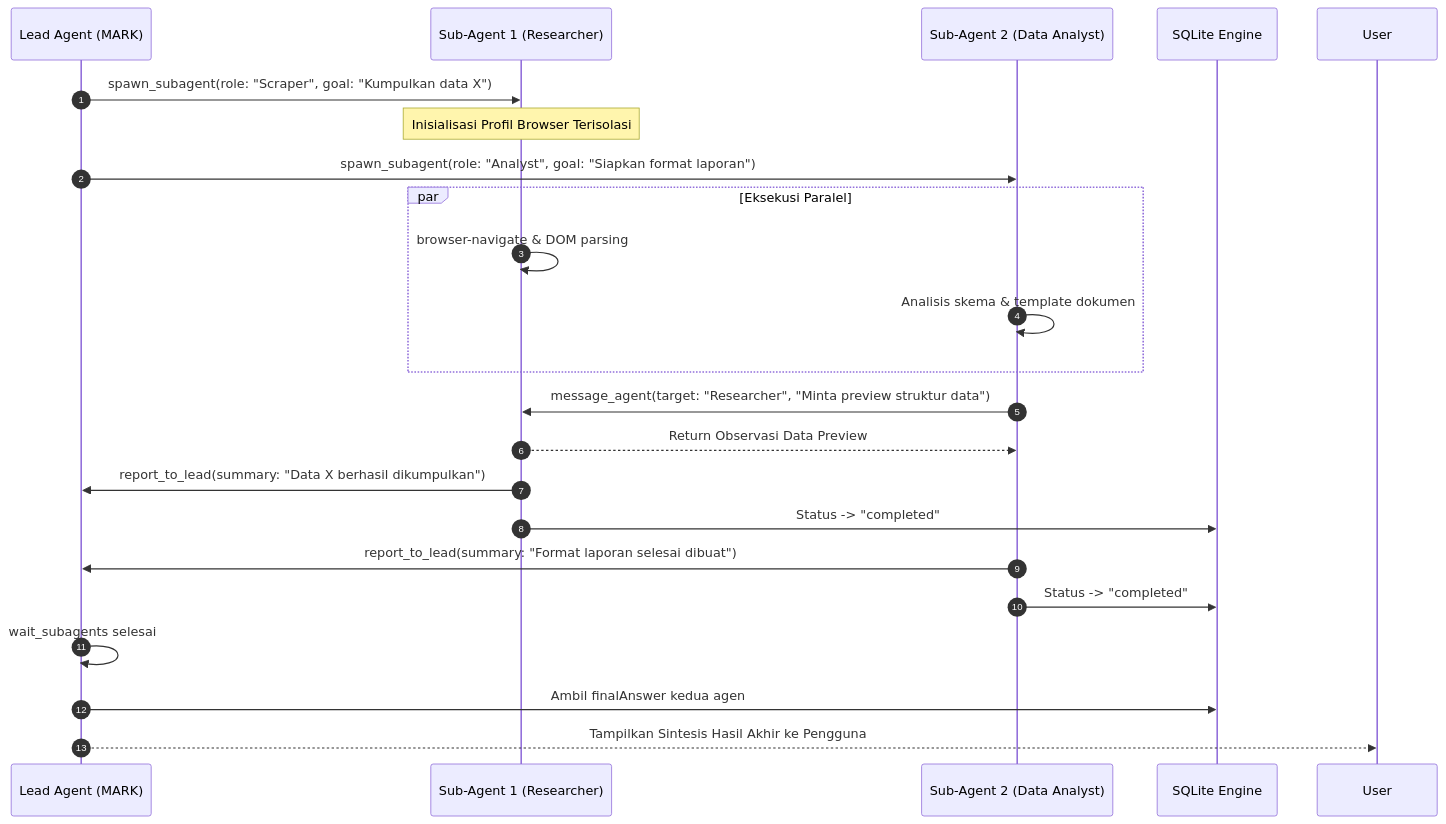
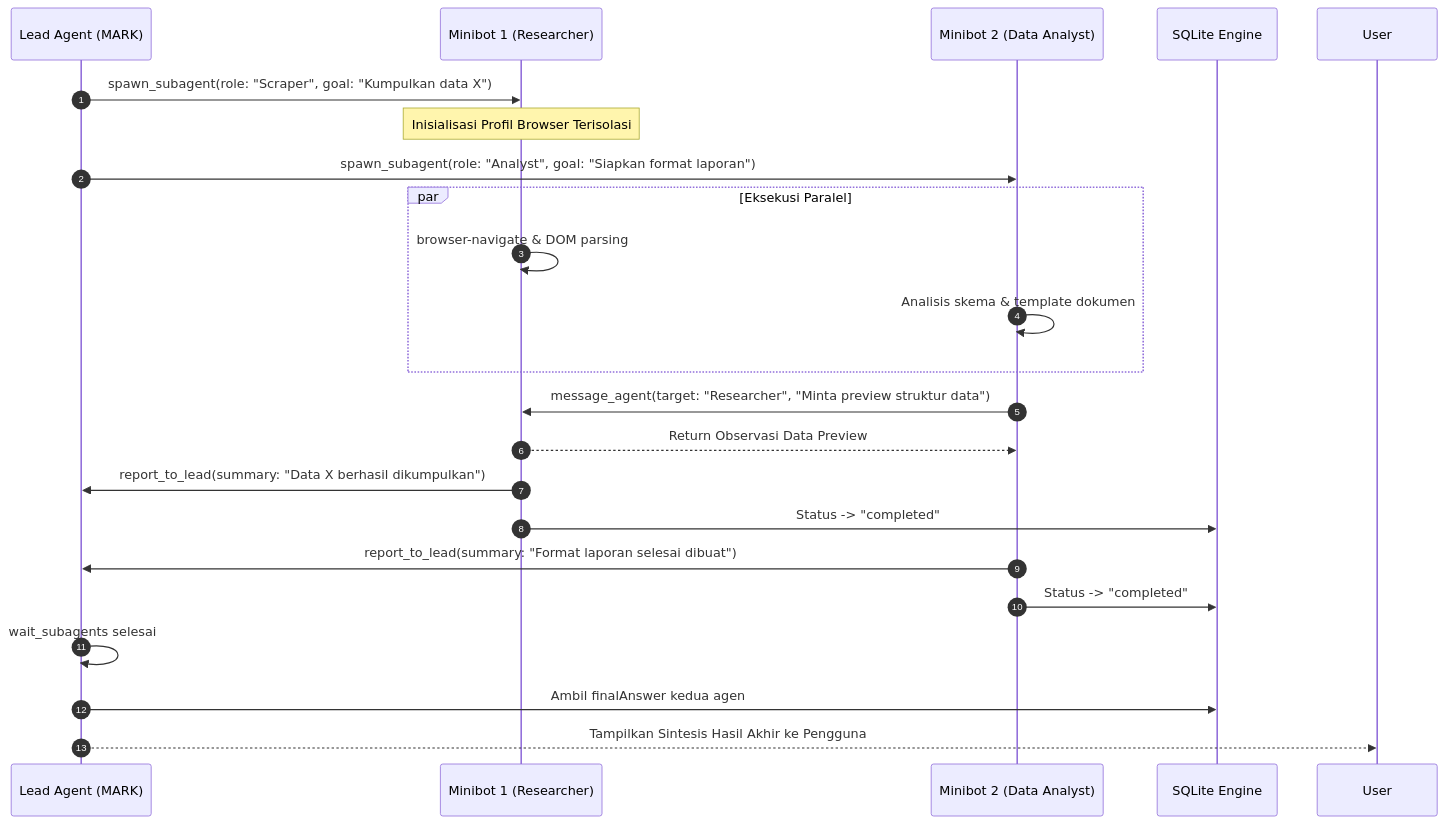
One commit to Mazees/mark-agent changed the third of 3 diagrams in docs/03-agent-engine/multi-agent-subagents.md. Above: the diagram before and after it, drawn with Mermaid. The commit also changed other lines of this file and 70 other files, not shown here.

Commit message:
feat: merombak sub agent menjadi minibots yang dapat berjalan di latar belakang

````diff
--- a/docs/03-agent-engine/multi-agent-subagents.md
+++ b/docs/03-agent-engine/multi-agent-subagents.md
@@ -197,30 +197,30 @@
 ```mermaid
 sequenceDiagram
     autonumber
     participant Lead as Lead Agent (MARK)
-    participant SA1 as Sub-Agent 1 (Researcher)
-    participant SA2 as Sub-Agent 2 (Data Analyst)
+    participant SA1 as Minibot 1 (Researcher)
+    participant SA2 as Minibot 2 (Data Analyst)
     participant DB as SQLite Engine
 
     Lead->>SA1: spawn_subagent(role: "Scraper", goal: "Kumpulkan data X")
     Note over SA1: Inisialisasi Profil Browser Terisolasi
     Lead->>SA2: spawn_subagent(role: "Analyst", goal: "Siapkan format laporan")
 
     par Eksekusi Paralel
         SA1->>SA1: browser-navigate & DOM parsing
         SA2->>SA2: Analisis skema & template dokumen
     end
 
     SA2->>SA1: message_agent(target: "Researcher", "Minta preview struktur data")
     SA1-->>SA2: Return Observasi Data Preview
 
     SA1->>Lead: report_to_lead(summary: "Data X berhasil dikumpulkan")
     SA1->>DB: Status -> "completed"
 
     SA2->>Lead: report_to_lead(summary: "Format laporan selesai dibuat")
     SA2->>DB: Status -> "completed"
 
     Lead->>Lead: wait_subagents selesai
     Lead->>DB: Ambil finalAnswer kedua agen
     Lead-->>User: Tampilkan Sintesis Hasil Akhir ke Pengguna
 ```
````
